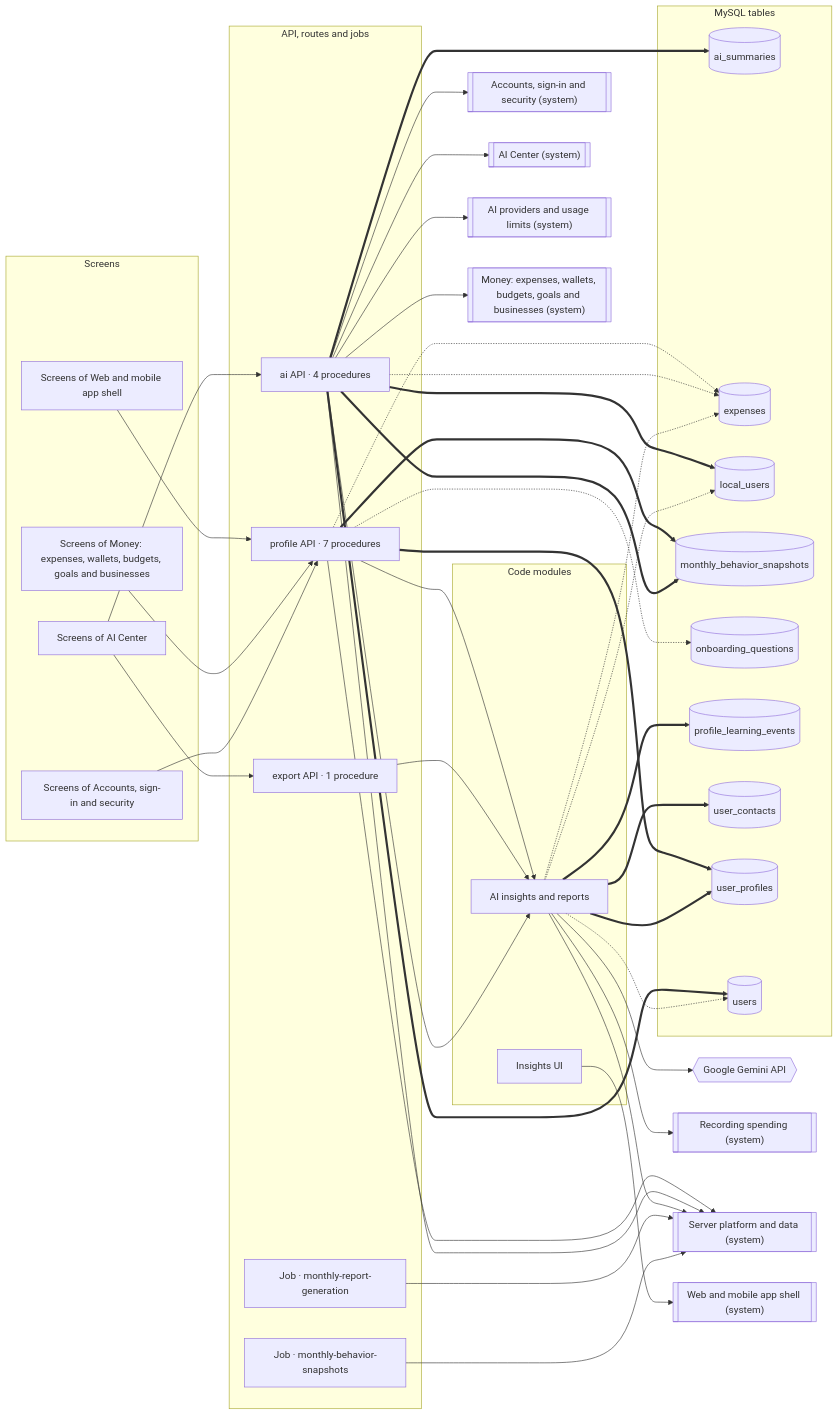
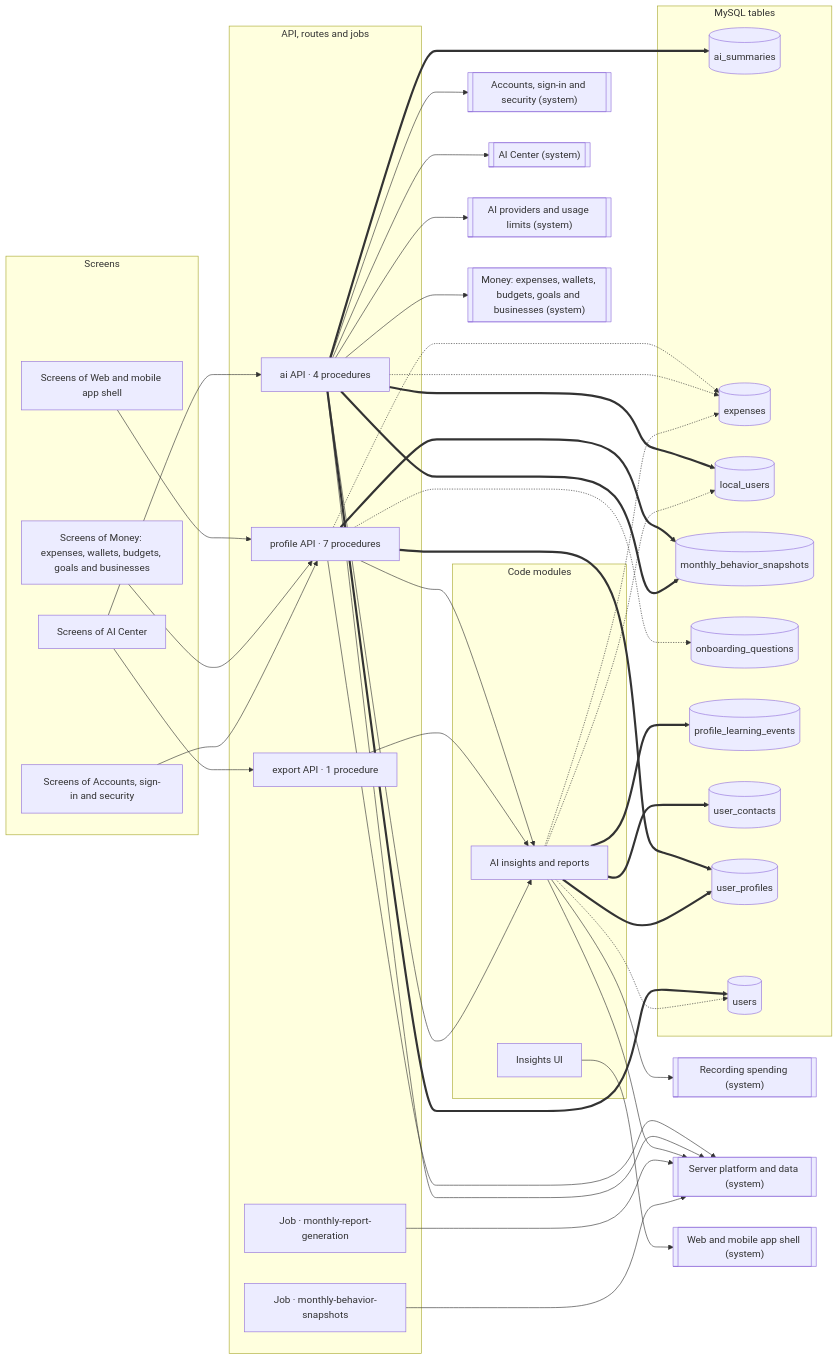
The diagram in docs/atlas/systems/insights.md (mahmoudtaherr111/smartspend_mini_all), drawn with Mermaid before and after one commit. The commit also changed other lines of this file and 17 other files, not shown here.

First line of the commit message:
fix(server): unify spending behavior definition across API, insights and stats (BUG-04, GAP-17, DEBT-06..08)

````diff
--- a/docs/atlas/systems/insights.md
+++ b/docs/atlas/systems/insights.md
@@ -13,74 +13,72 @@
 ```mermaid
 flowchart LR
   subgraph g_screens["Screens"]
     screens_accounts["Screens of Accounts, sign-in and security"]
     screens_ai_center["Screens of AI Center"]
     screens_money["Screens of Money: expenses, wallets, budgets, goals and businesses"]
     screens_web_app["Screens of Web and mobile app shell"]
   end
   subgraph g_api["API, routes and jobs"]
     job_monthly_behavior_snapshots["Job · monthly-behavior-snapshots"]
     job_monthly_report_generation["Job · monthly-report-generation"]
     router_ai["ai API · 4 procedures"]
     router_export["export API · 1 procedure"]
     router_profile["profile API · 7 procedures"]
   end
   subgraph g_modules["Code modules"]
     mod_ai_insights["AI insights and reports"]
     mod_web_insights["Insights UI"]
   end
   subgraph g_tables["MySQL tables"]
     tbl_ai_summaries[("ai_summaries")]
     tbl_expenses[("expenses")]
     tbl_local_users[("local_users")]
     tbl_monthly_behavior_snapshots[("monthly_behavior_snapshots")]
     tbl_onboarding_questions[("onboarding_questions")]
     tbl_profile_learning_events[("profile_learning_events")]
     tbl_user_contacts[("user_contacts")]
     tbl_user_profiles[("user_profiles")]
     tbl_users[("users")]
   end
-  ext_gemini{{"Google Gemini API"}}
   sys_accounts[["Accounts, sign-in and security (system)"]]
   sys_ai_center[["AI Center (system)"]]
   sys_ai_platform[["AI providers and usage limits (system)"]]
   sys_expense_capture[["Recording spending (system)"]]
   sys_money[["Money: expenses, wallets, budgets, goals and businesses (system)"]]
   sys_platform[["Server platform and data (system)"]]
   sys_web_app[["Web and mobile app shell (system)"]]
   job_monthly_behavior_snapshots --> sys_platform
   job_monthly_report_generation --> sys_platform
-  mod_ai_insights --> ext_gemini
   mod_ai_insights --> sys_expense_capture
   mod_ai_insights --> sys_platform
   mod_ai_insights -.-> tbl_expenses
   mod_ai_insights -.-> tbl_local_users
   mod_ai_insights -.-> tbl_users
   mod_ai_insights ==> tbl_profile_learning_events
   mod_ai_insights ==> tbl_user_contacts
   mod_ai_insights ==> tbl_user_profiles
   mod_web_insights --> sys_web_app
   router_ai --> mod_ai_insights
   router_ai --> sys_accounts
   router_ai --> sys_ai_center
   router_ai --> sys_ai_platform
   router_ai --> sys_money
   router_ai --> sys_platform
   router_ai -.-> tbl_expenses
   router_ai ==> tbl_ai_summaries
   router_ai ==> tbl_local_users
   router_ai ==> tbl_monthly_behavior_snapshots
   router_ai ==> tbl_users
   router_export --> mod_ai_insights
   router_profile --> mod_ai_insights
   router_profile --> sys_platform
   router_profile -.-> tbl_expenses
   router_profile -.-> tbl_onboarding_questions
   router_profile ==> tbl_monthly_behavior_snapshots
   router_profile ==> tbl_user_profiles
   screens_accounts --> router_profile
   screens_ai_center --> router_ai
   screens_ai_center --> router_export
   screens_money --> router_profile
   screens_web_app --> router_profile
 ```
````
